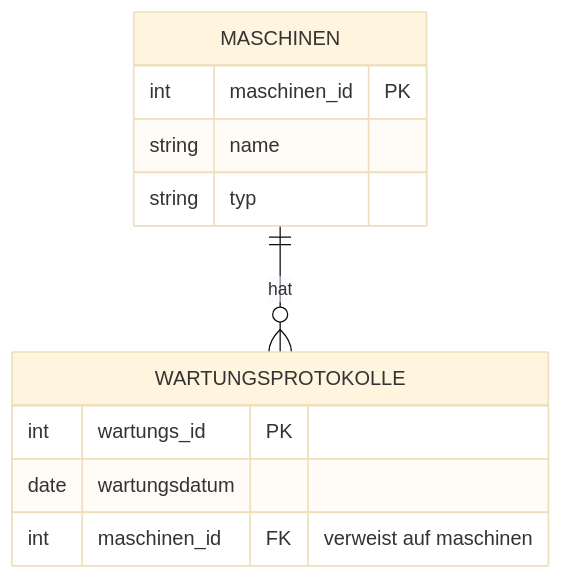
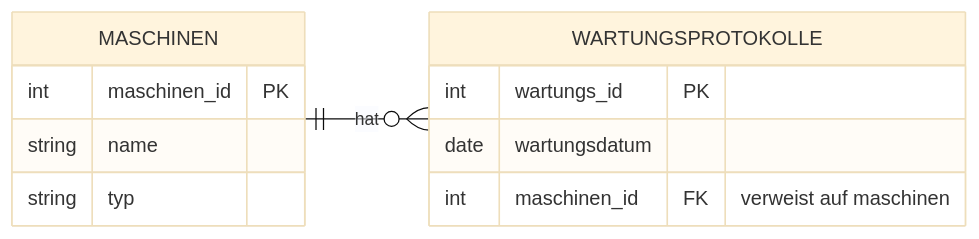
Before and after one commit to mciwing/data-campus: the seventh of 12 diagrams in docs/database/modellierung.md, drawn with Mermaid (base theme). The commit also changed other lines of this file and 1 other file, not shown here.

````diff
--- a/docs/database/modellierung.md
+++ b/docs/database/modellierung.md
@@ -295,14 +325,15 @@
-```mermaid
-erDiagram
-    MASCHINEN ||--o{ WARTUNGSPROTOKOLLE : "hat"
-    MASCHINEN {
-        int maschinen_id PK
-        string name
-        string typ
-    }
-    WARTUNGSPROTOKOLLE {
-        int wartungs_id PK
-        date wartungsdatum
-        int maschinen_id FK "verweist auf maschinen"
-    }
-```
+    ```mermaid
+    erDiagram
+        direction LR
+        MASCHINEN ||--o{ WARTUNGSPROTOKOLLE : "hat"
+        MASCHINEN {
+            int maschinen_id PK
+            string name
+            string typ
+        }
+        WARTUNGSPROTOKOLLE {
+            int wartungs_id PK
+            date wartungsdatum
+            int maschinen_id FK "verweist auf maschinen"
+        }
+    ```
````
